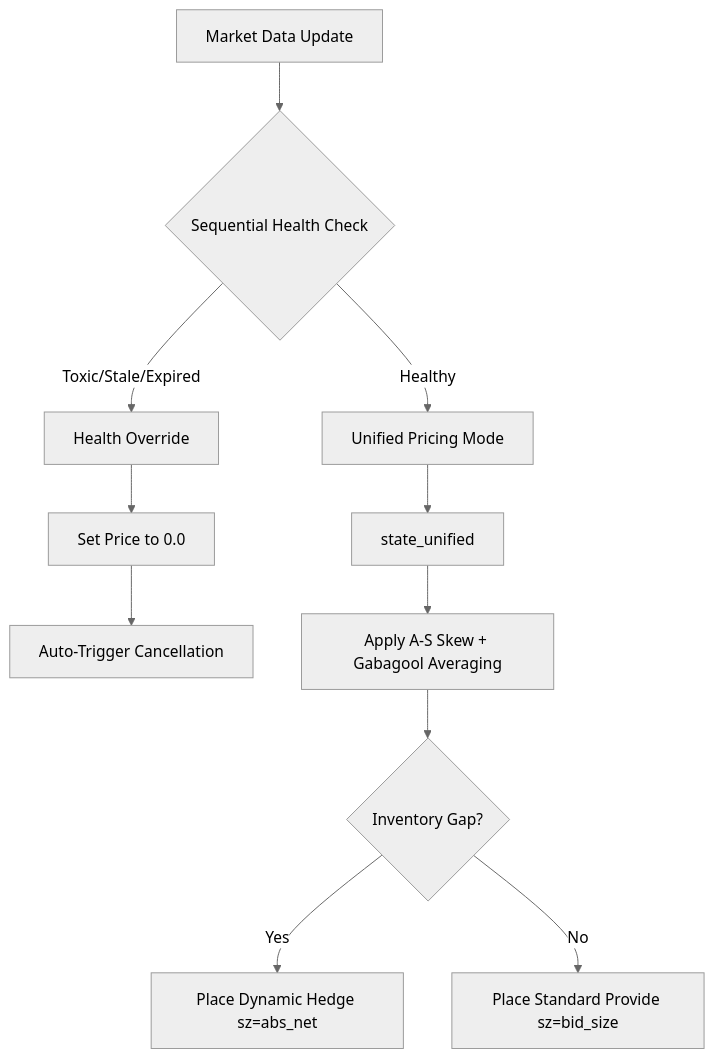
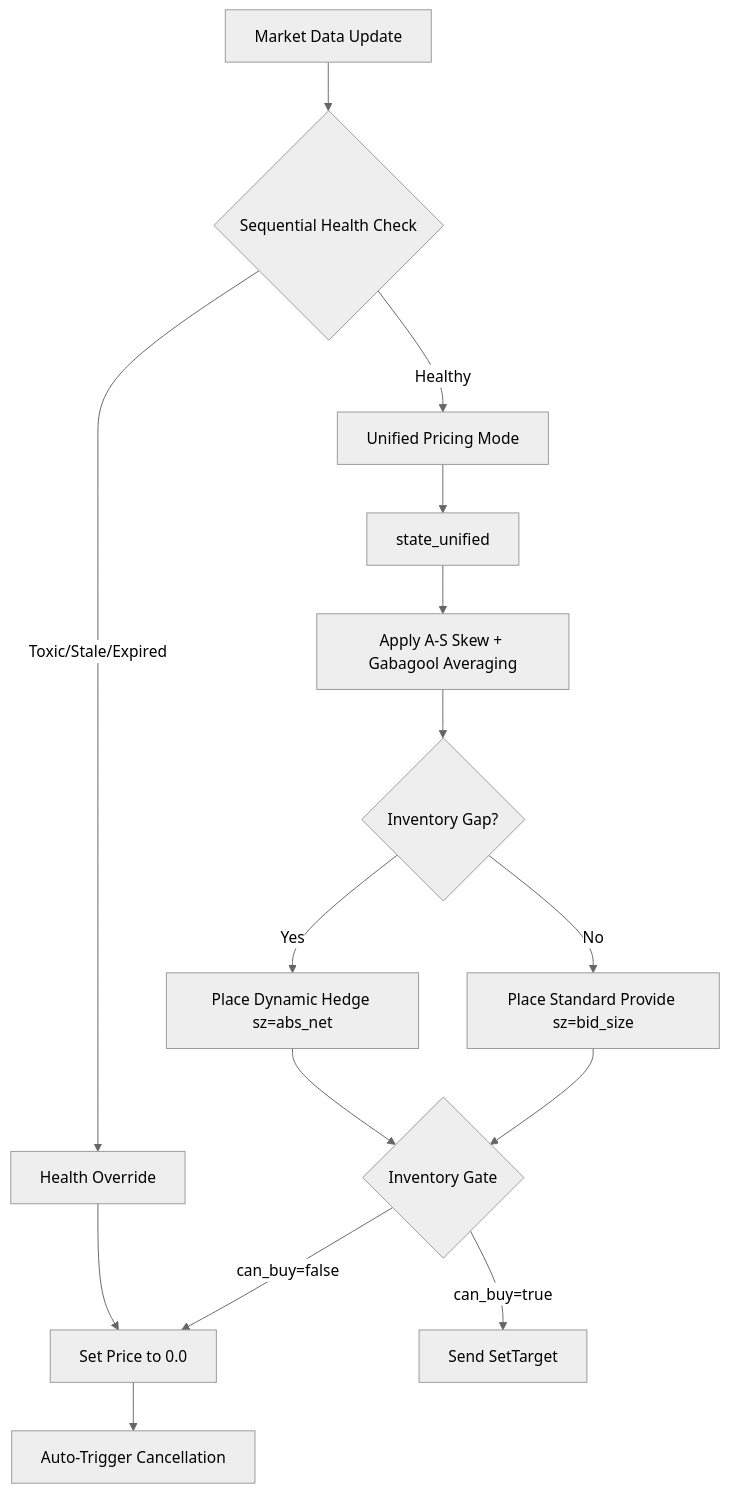
One commit to hot3246624/pm_as_ofi changed the diagram in docs/STRATEGY_V2_CORE.md. Above: the diagram before and after it, drawn with Mermaid (neutral theme). The commit also changed other lines of this file and 4 other files, not shown here.

````diff
--- a/docs/STRATEGY_V2_CORE.md
+++ b/docs/STRATEGY_V2_CORE.md
@@ -18,15 +18,19 @@
 ```mermaid
 graph TD
     A[Market Data Update] --> B{Sequential Health Check}
     B -- Toxic/Stale/Expired --> C[Health Override]
     B -- Healthy --> D[Unified Pricing Mode]
-    
+
     C --> G[Set Price to 0.0]
     G --> H[Auto-Trigger Cancellation]
-    
+
     D --> I[state_unified]
     I --> J[Apply A-S Skew + Gabagool Averaging]
     J --> K{Inventory Gap?}
     K -- Yes --> L[Place Dynamic Hedge sz=abs_net]
     K -- No --> M[Place Standard Provide sz=bid_size]
+    L --> N{Inventory Gate}
+    M --> N
+    N -- can_buy=false --> G
+    N -- can_buy=true --> O[Send SetTarget]
 ```
````
